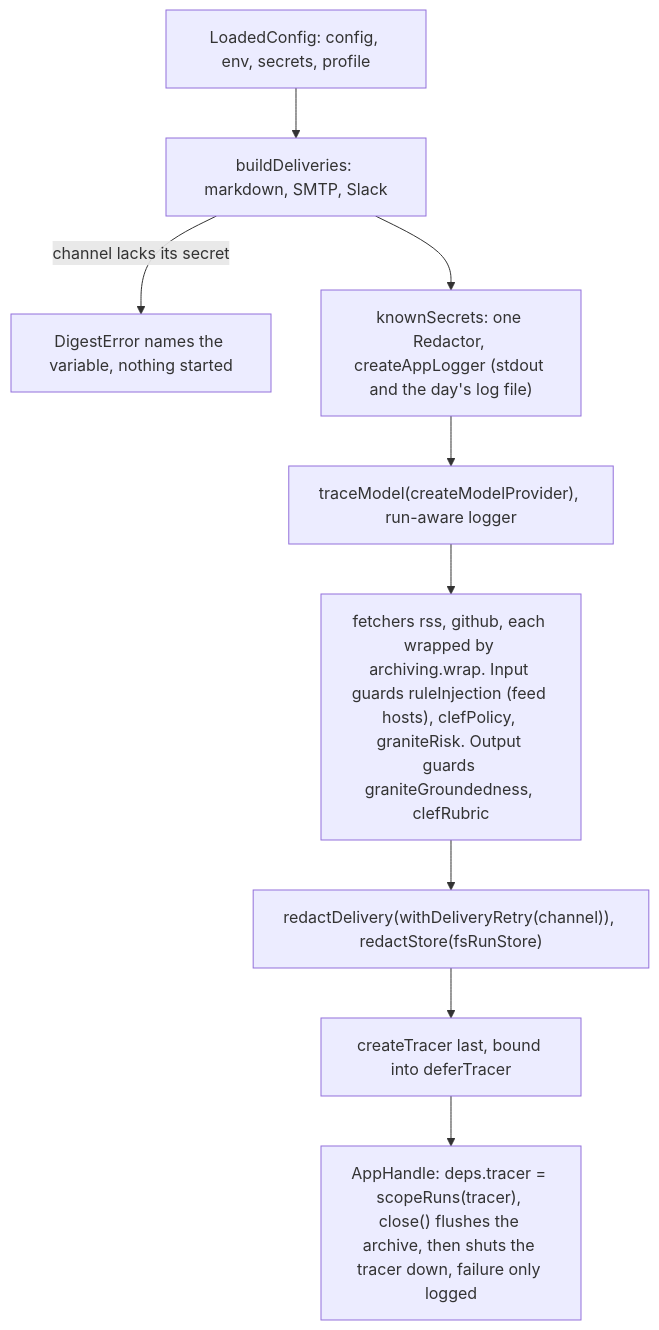
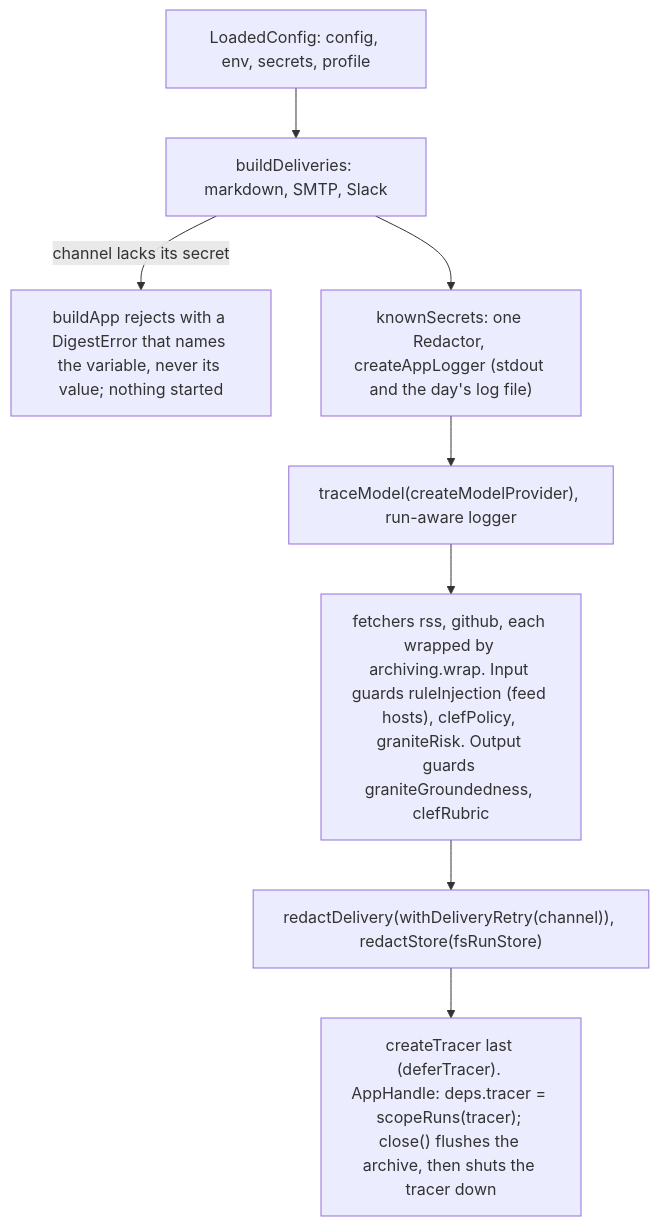
The second of 2 diagrams in src/app/CLAUDE.md (odere-pro/weekly-engineering-digest-agent), drawn with Mermaid before and after one commit. The commit also changed other lines of this file and 119 other files, not shown here.

````diff
--- a/src/app/CLAUDE.md
+++ b/src/app/CLAUDE.md
@@ -24,11 +22,10 @@
 ```mermaid
 flowchart TD
   loaded["LoadedConfig: config, env, secrets, profile"] --> channels["buildDeliveries: markdown, SMTP, Slack"]
-  channels -->|"channel lacks its secret"| fail["DigestError names the variable, nothing started"]
+  channels -->|"channel lacks its secret"| fail["buildApp rejects with a DigestError that names the variable, never its value; nothing started"]
   channels --> redactor["knownSecrets: one Redactor, createAppLogger (stdout and the day's log file)"]
   redactor --> model["traceModel(createModelProvider), run-aware logger"]
   model --> build["fetchers rss, github, each wrapped by archiving.wrap. Input guards ruleInjection (feed hosts), clefPolicy, graniteRisk. Output guards graniteGroundedness, clefRubric"]
   build --> wrap["redactDelivery(withDeliveryRetry(channel)), redactStore(fsRunStore)"]
-  wrap --> tracer["createTracer last, bound into deferTracer"]
-  tracer --> handle["AppHandle: deps.tracer = scopeRuns(tracer), close() flushes the archive, then shuts the tracer down, failure only logged"]
+  wrap --> handle["createTracer last (deferTracer). AppHandle: deps.tracer = scopeRuns(tracer); close() flushes the archive, then shuts the tracer down"]
 ```
````
